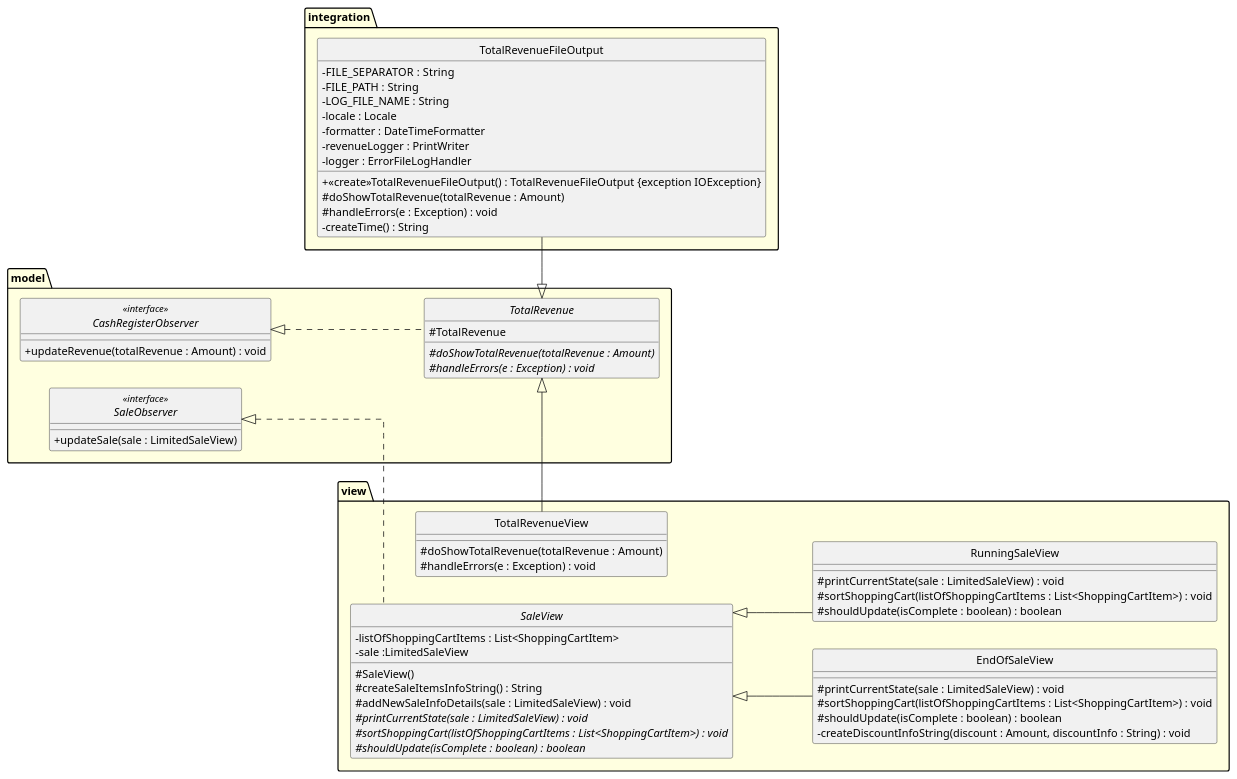
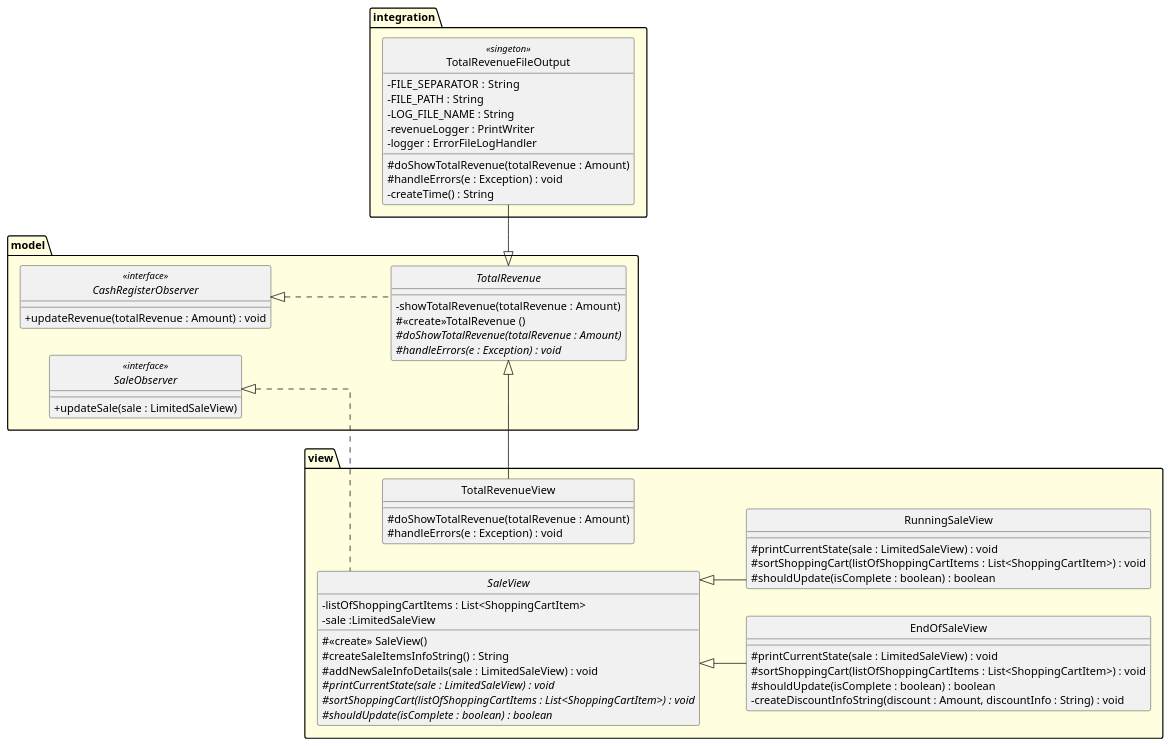
Before and after one commit to VincentFerrigan/kth-iv1350-object-oriented-design: the diagram in uml/uml_adp_tasks.puml, drawn with PlantUML. The commit also changed 1 other file, not shown here.

```diff
--- a/uml/uml_adp_tasks.puml
+++ b/uml/uml_adp_tasks.puml
@@ -1,77 +1,75 @@
 @startuml
 hide circle
 skinparam linetype ortho
 skinparam package {
 BackgroundColor LightYellow
 }
 'top to bottom direction
 left to right direction
 skinparam ClassAttributeIconSize 0
 
 package model {
   abstract class TotalRevenue {
-# TotalRevenue
+- showTotalRevenue(totalRevenue : Amount)
+# <<create>>TotalRevenue ()
 # {abstract} doShowTotalRevenue(totalRevenue : Amount)
 # {abstract} handleErrors(e : Exception) : void
 }
   interface SaleObserver <<interface>> {
 + updateSale(sale : LimitedSaleView)
   }
   interface CashRegisterObserver <<interface>> {
 + updateRevenue(totalRevenue : Amount) : void
   }
 }
 
 package view {
   abstract class SaleView {
   - listOfShoppingCartItems : List<ShoppingCartItem>
   - sale :LimitedSaleView
-  # SaleView()
+  # <<create>> SaleView()
   # createSaleItemsInfoString() : String
   # addNewSaleInfoDetails(sale : LimitedSaleView) : void
   # {abstract} printCurrentState(sale : LimitedSaleView) : void
   # {abstract} sortShoppingCart(listOfShoppingCartItems : List<ShoppingCartItem>) : void
   # {abstract} shouldUpdate(isComplete : boolean) : boolean
   }
   class EndOfSaleView {
   # printCurrentState(sale : LimitedSaleView) : void
   # sortShoppingCart(listOfShoppingCartItems : List<ShoppingCartItem>) : void
   # shouldUpdate(isComplete : boolean) : boolean
   - createDiscountInfoString(discount : Amount, discountInfo : String) : void
     }
-  class TotalRevenueView {
-  # doShowTotalRevenue(totalRevenue : Amount)
-  # handleErrors(e : Exception) : void
-  }
   class RunningSaleView {
   # printCurrentState(sale : LimitedSaleView) : void
   # sortShoppingCart(listOfShoppingCartItems : List<ShoppingCartItem>) : void
   # shouldUpdate(isComplete : boolean) : boolean
   }
+  class TotalRevenueView {
+  # doShowTotalRevenue(totalRevenue : Amount)
+  # handleErrors(e : Exception) : void
+  }
 }
 package integration {
-  class TotalRevenueFileOutput {
+  class TotalRevenueFileOutput <<singeton>> {
   - FILE_SEPARATOR  : String
   - FILE_PATH : String
   - LOG_FILE_NAME : String
-  - locale : Locale
-  - formatter : DateTimeFormatter
   - revenueLogger : PrintWriter
   - logger : ErrorFileLogHandler
-  + <<create>>TotalRevenueFileOutput() : TotalRevenueFileOutput {exception IOException}
   # doShowTotalRevenue(totalRevenue : Amount)
   # handleErrors(e : Exception) : void
   - createTime() : String
   }
 }
 
 'interfaces
 CashRegisterObserver <|-[dashed]- TotalRevenue
 TotalRevenue <|- TotalRevenueView
 TotalRevenue <|- TotalRevenueFileOutput
 
 SaleObserver <|-[dashed]- SaleView
 SaleView <|-- EndOfSaleView
 SaleView <|-- RunningSaleView
 
 @enduml
```
